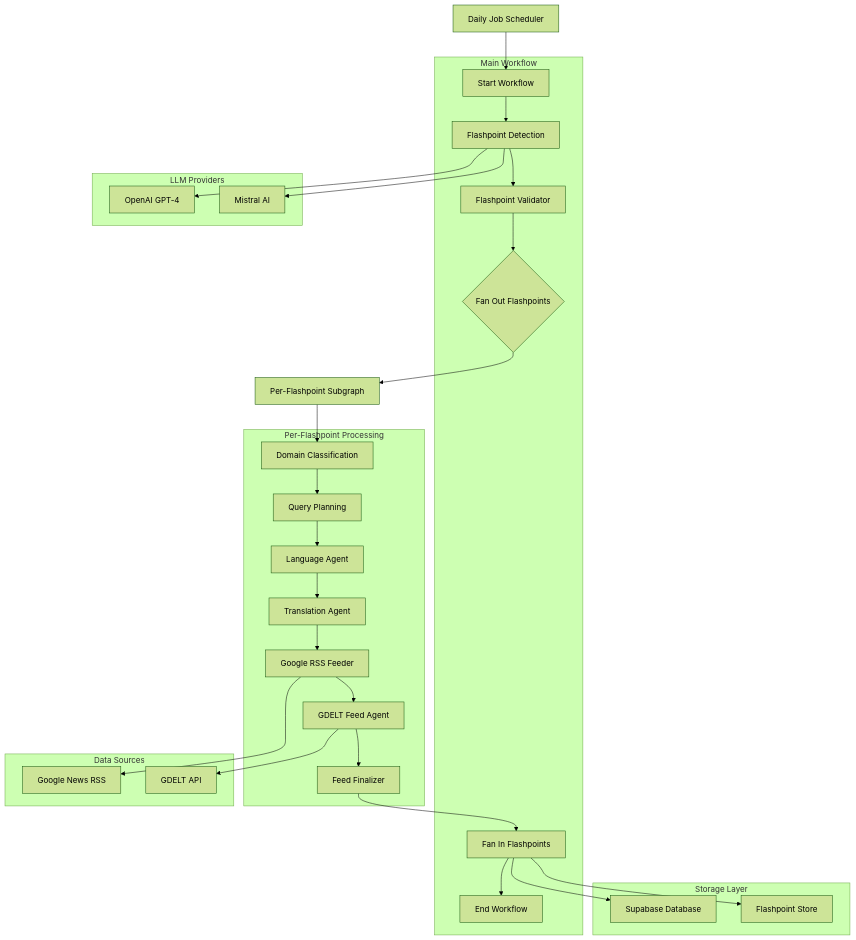
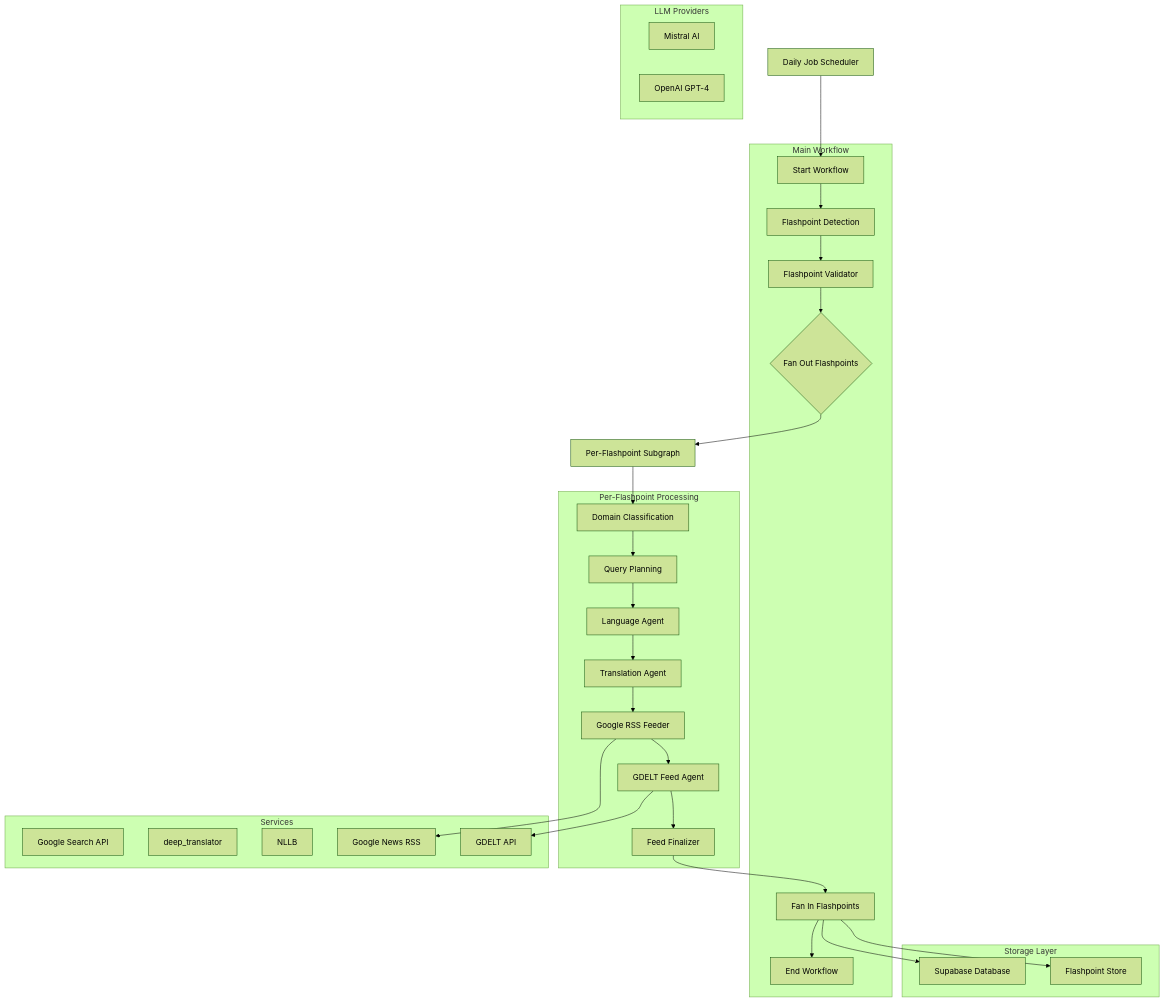
One commit to AteetVatan/ai-global-signal-grid changed the first of 2 diagrams in agent_hub/README.md. Above: the diagram before and after it, drawn with Mermaid (forest theme). The commit also changed 1 other file, not shown here.

Commit message:
corrected mermaid graphs

````diff
--- a/agent_hub/README.md
+++ b/agent_hub/README.md
@@ -72,62 +72,67 @@
 ```mermaid
 flowchart TD
     A[Daily Job Scheduler] --> B[Start Workflow]
     B --> C[Flashpoint Detection]
     C --> D[Flashpoint Validator]
-    D --> E{Fan Out Flashpoints}
-    
+    D --> E{Fan Out Flashpoints}    
     E --> F[Per-Flashpoint Subgraph]
     F --> G[Domain Classification]
     G --> H[Query Planning]
     H --> I[Language Agent]
     I --> J[Translation Agent]
     J --> K[Google RSS Feeder]
     K --> L[GDELT Feed Agent]
     L --> M[Feed Finalizer]
     
     M --> N[Fan In Flashpoints]
-    N --> O[End Workflow]
+    N --> O[End Workflow]    
     
-    C --> P[OpenAI GPT-4]
-    C --> Q[Mistral AI]
+    Q[Mistral AI]
+    P[OpenAI GPT-4]
+    V[Google Search API] 
+    W[deep_translator]
+    X[NLLB] 
     
     K --> R[Google News RSS]
     L --> S[GDELT API]
     
     N --> T[Supabase Database]
     N --> U[Flashpoint Store]
     
     subgraph "Main Workflow"
         B
         C
         D
         E
         N
         O
     end
     
     subgraph "Per-Flashpoint Processing"
         G
         H
         I
         J
         K
         L
         M
     end
     
-    subgraph "Data Sources"
+    subgraph "Services"
+        V
+        W
+        X
         R
         S
     end
     
     subgraph "LLM Providers"
         P
         Q
-    end
-    
+    end   
+
     subgraph "Storage Layer"
         T
         U
     end
 ```
````
